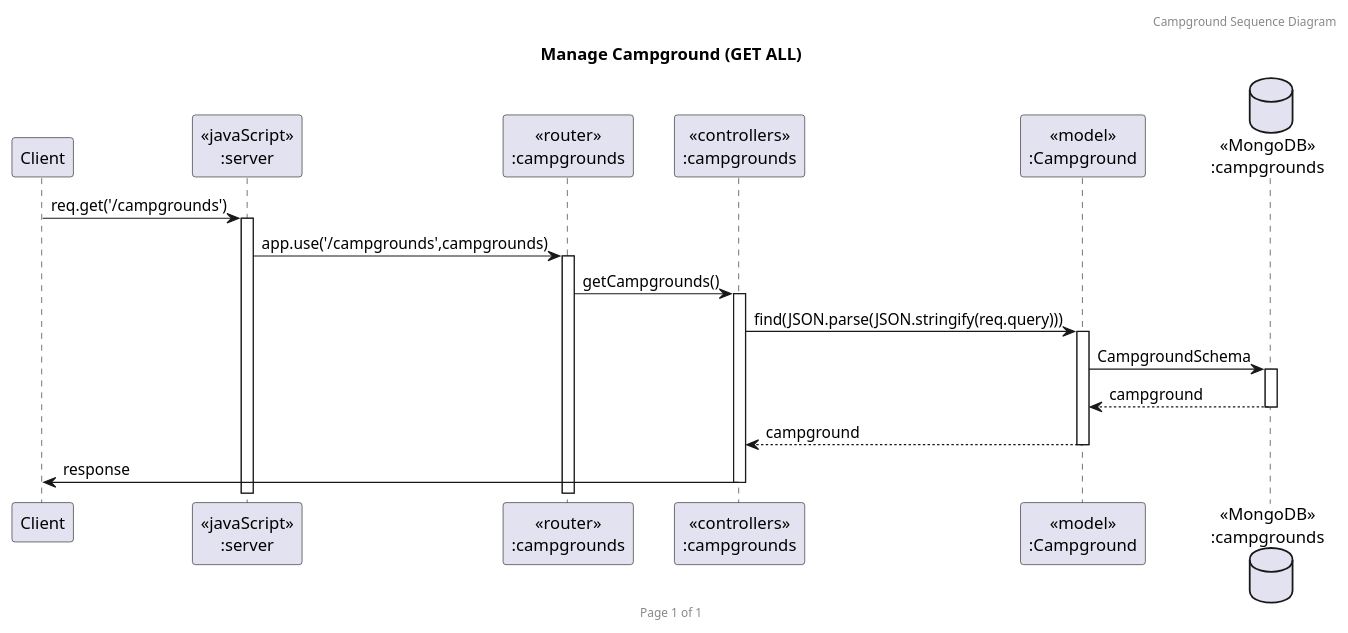
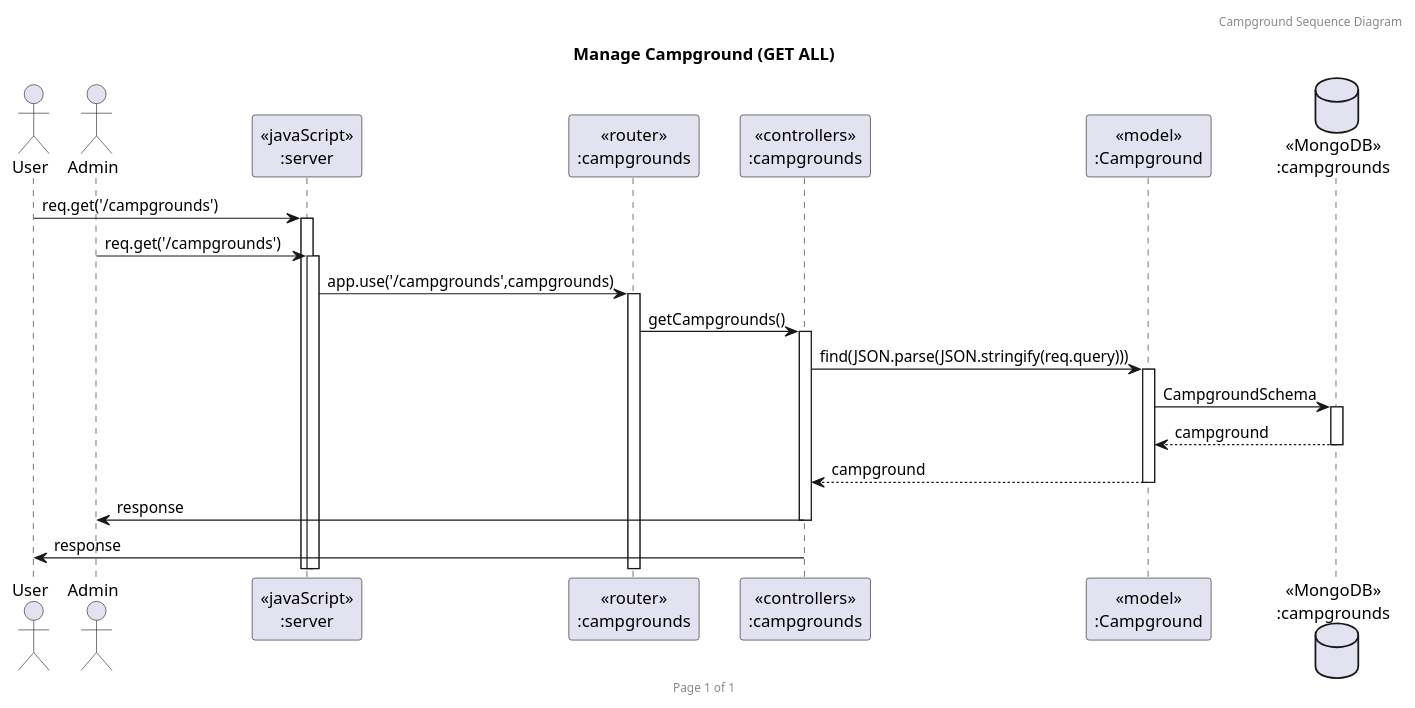
Before and after one commit to FaiiFaiipuipui/CEDT_Y1T2_backend-campgroundbooking: the diagram in diagram/Sequence diagram/Campground/Campground_GETALL.puml, drawn with PlantUML. The commit also changed 4 other files, not shown here.

Commit message:
Update Campground Sequence Diagram

```diff
--- a/diagram/Sequence diagram/Campground/Campground_GETALL.puml
+++ b/diagram/Sequence diagram/Campground/Campground_GETALL.puml
@@ -1,23 +1,26 @@
 @startuml Manage Campground (GET ALL)
 
 header Campground Sequence Diagram
 footer Page %page% of %lastpage%
 title "Manage Campground (GET ALL)"
 
-participant "Client" as client
+actor "User" as user
+actor "Admin" as admin
 participant "<<javaScript>>\n:server" as server
 participant "<<router>>\n:campgrounds" as routerCampgrounds
 participant "<<controllers>>\n:campgrounds" as controllersCampgrounds
 participant "<<model>>\n:Campground" as modelCampground
 database "<<MongoDB>>\n:campgrounds" as CampgroundsDatabase
 
-client->server ++:req.get('/campgrounds')
+user->server ++:req.get('/campgrounds')
+admin->server ++:req.get('/campgrounds')
 server->routerCampgrounds ++:app.use('/campgrounds',campgrounds)
 routerCampgrounds -> controllersCampgrounds ++:getCampgrounds()
 controllersCampgrounds->modelCampground ++:find(JSON.parse(JSON.stringify(req.query)))
 modelCampground ->CampgroundsDatabase ++:CampgroundSchema
 CampgroundsDatabase --> modelCampground --:campground
 controllersCampgrounds <-- modelCampground --:campground
-controllersCampgrounds->client --:response
+controllersCampgrounds->admin --:response
+controllersCampgrounds->user --:response
 
 @enduml
```
